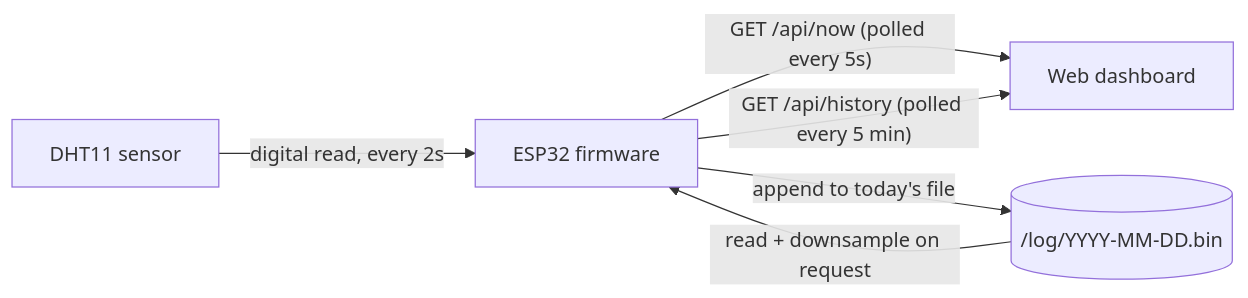
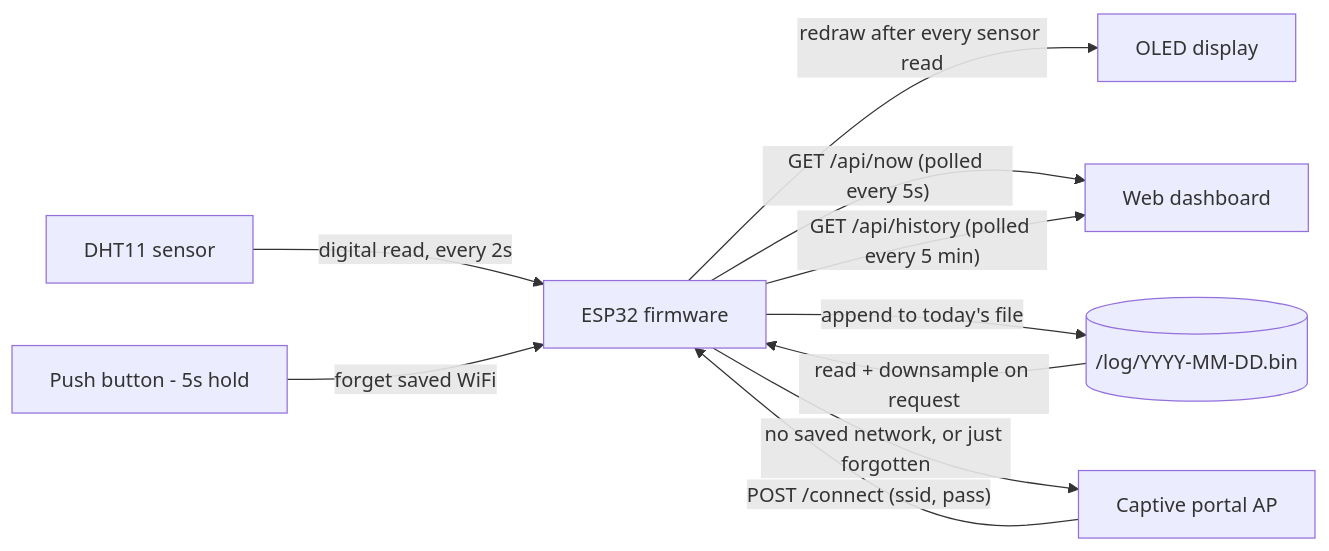
The diagram in ESP32-Projects/DHT11-Climate-Dashboard/README.md (ProtoCraft-Electronics/ProtoCraft-Electronics), drawn with Mermaid before and after one commit. The commit also changed other lines of this file, not shown here.

Commit message:
Add OLED and push-button/captive-portal paths to architecture diagram
The mermaid diagram only showed the sensor/dashboard/flash chain even
though the OLED and WiFi-reset flow were already explained in the
prose below it. Added OLED redraw, the 5s-hold forget-WiFi trigger,
and the resulting captive-portal round trip as nodes/edges so the
diagram matches what's actually described.

````diff
--- a/ESP32-Projects/DHT11-Climate-Dashboard/README.md
+++ b/ESP32-Projects/DHT11-Climate-Dashboard/README.md
@@ -26,8 +26,12 @@
 ```mermaid
 graph LR
     A[DHT11 sensor] -->|digital read, every 2s| B[ESP32 firmware]
+    B -->|redraw after every sensor read| E[OLED display]
     B -->|"GET /api/now (polled every 5s)"| C[Web dashboard]
     B -->|"GET /api/history (polled every 5 min)"| C
     B -->|append to today's file| D[("/log/YYYY-MM-DD.bin")]
     D -->|read + downsample on request| B
+    F[Push button - 5s hold] -->|forget saved WiFi| B
+    B -->|no saved network, or just forgotten| G[Captive portal AP]
+    G -->|"POST /connect (ssid, pass)"| B
 ```
````
